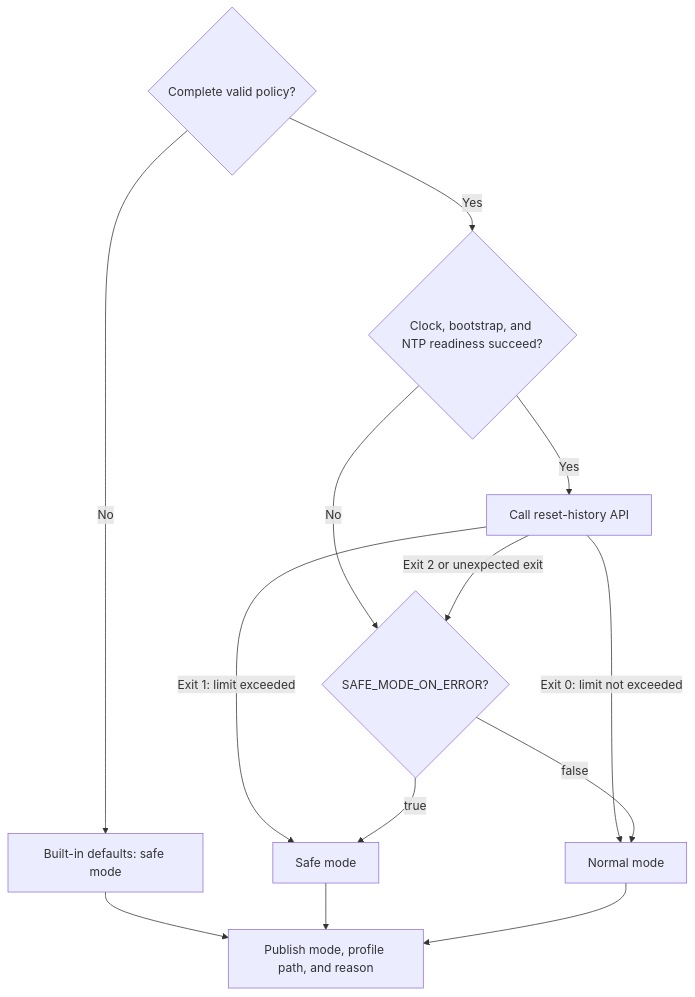
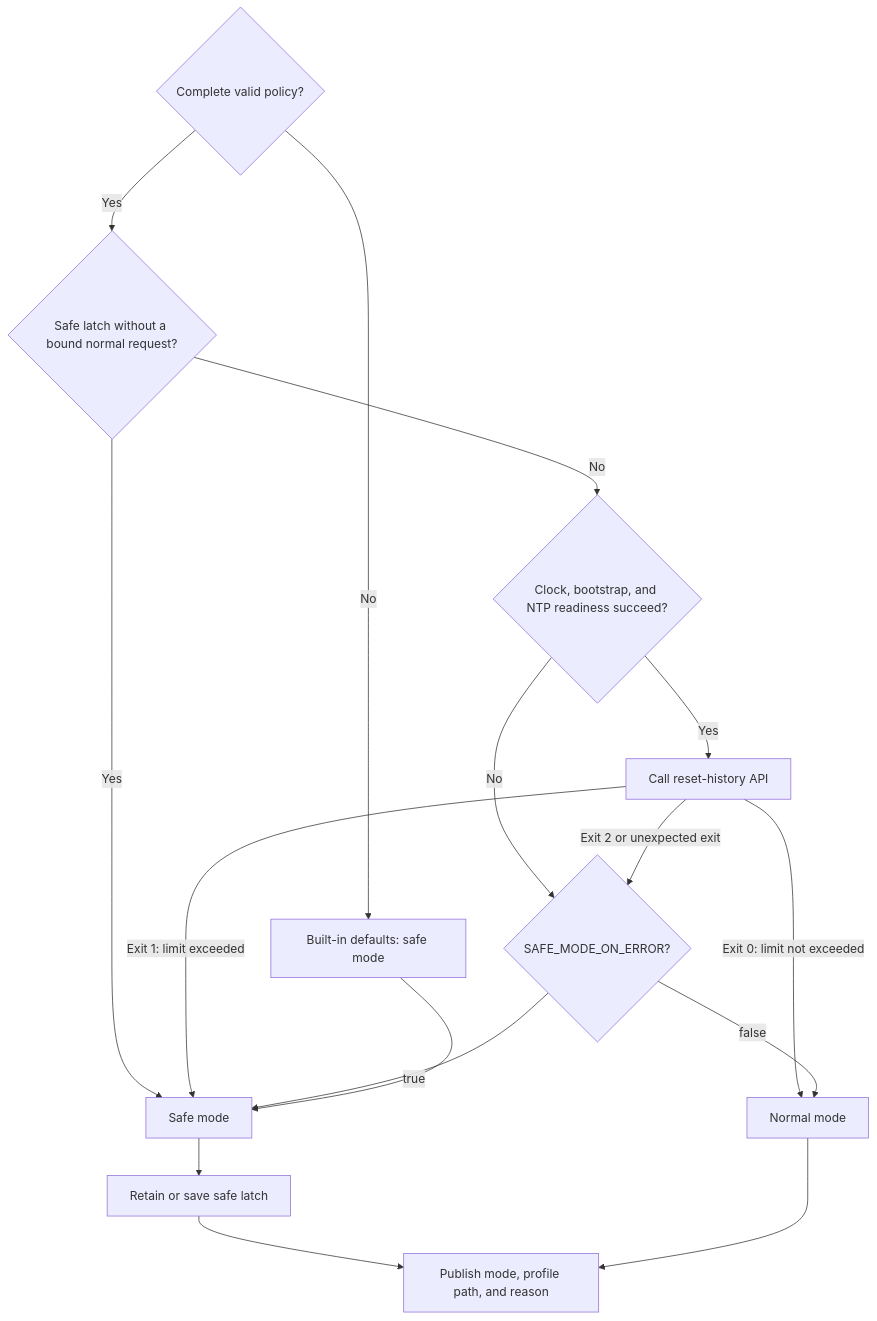
One commit to fudyas/scr-3 changed the third of 3 diagrams in src/tools/raom/README.md. Above: the diagram before and after it, drawn with Mermaid. The commit also changed other lines of this file and 4 other files, not shown here.

````diff
--- a/src/tools/raom/README.md
+++ b/src/tools/raom/README.md
@@ -175,16 +191,19 @@
 ```mermaid
 flowchart TD
     Config{"Complete valid policy?"}
     Config -->|"No"| Defaults["Built-in defaults: safe mode"]
-    Config -->|"Yes"| Ready{"Clock, bootstrap, and NTP readiness succeed?"}
+    Config -->|"Yes"| Persist{"Safe latch without a bound normal request?"}
+    Persist -->|"Yes"| Safe["Safe mode"]
+    Persist -->|"No"| Ready{"Clock, bootstrap, and NTP readiness succeed?"}
     Ready -->|"No"| Error{"SAFE_MODE_ON_ERROR?"}
     Ready -->|"Yes"| API["Call reset-history API"]
     API -->|"Exit 0: limit not exceeded"| Normal["Normal mode"]
-    API -->|"Exit 1: limit exceeded"| Safe["Safe mode"]
+    API -->|"Exit 1: limit exceeded"| Safe
     API -->|"Exit 2 or unexpected exit"| Error
     Error -->|"true"| Safe
     Error -->|"false"| Normal
-    Defaults --> Save["Publish mode, profile path, and reason"]
-    Safe --> Save
+    Defaults --> Safe
+    Safe --> Latch["Retain or save safe latch"]
+    Latch --> Save["Publish mode, profile path, and reason"]
     Normal --> Save
 ```
````
